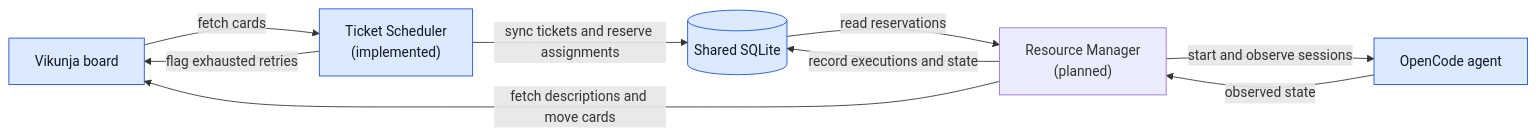
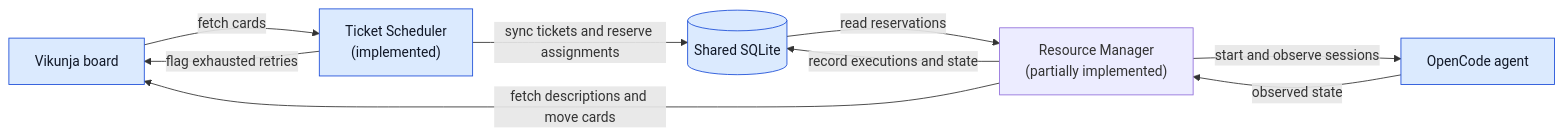
Before and after one commit to lgdelacruz92/agent-team: the first of 3 diagrams in agent-team/apps/agent-resource-manager/docs/flowchart.md, drawn with Mermaid. The commit also changed other lines of this file and 23 other files, not shown here.

````diff
--- a/agent-team/apps/agent-resource-manager/docs/flowchart.md
+++ b/agent-team/apps/agent-resource-manager/docs/flowchart.md
@@ -9,13 +9,13 @@
 ```mermaid
 flowchart LR
     V["Vikunja board"] -->|"fetch cards"| S["Ticket Scheduler<br/>(implemented)"]
     S -->|"sync tickets and reserve assignments"| DB[("Shared SQLite")]
     S -->|"flag exhausted retries"| V
-    DB -->|"read reservations"| RM["Resource Manager<br/>(planned)"]
+    DB -->|"read reservations"| RM["Resource Manager<br/>(partially implemented)"]
     RM -->|"record executions and state"| DB
     RM -->|"fetch descriptions and move cards"| V
     RM -->|"start and observe sessions"| A["OpenCode agent"]
     A -->|"observed state"| RM
     classDef external fill:#dbeafe,stroke:#1d4ed8,color:#111827
     class V,S,DB,A external
 ```
````
